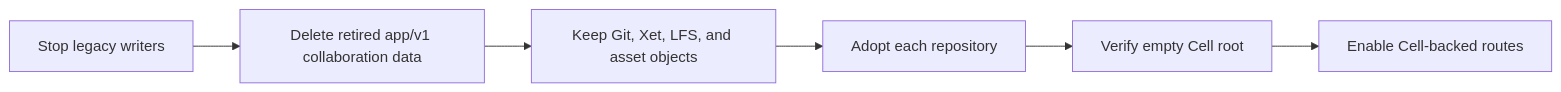
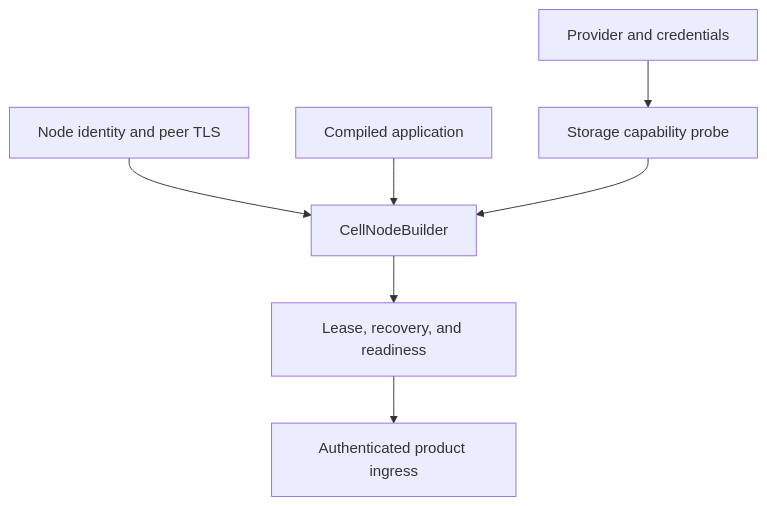
One commit to andypeng2015/cellule changed the diagram in crates/cellule-runtime/docs/deployment.md. Above: the diagram before and after it, drawn with Mermaid. The commit also changed other lines of this file and 181 other files, not shown here.

````diff
--- a/crates/cellule-runtime/docs/deployment.md
+++ b/crates/cellule-runtime/docs/deployment.md
@@ -460,11 +6,9 @@
 ```mermaid
-flowchart LR
-    Stop[Stop legacy writers]
-    Delete[Delete retired app/v1 collaboration data]
-    Keep[Keep Git, Xet, LFS, and asset objects]
-    Adopt[Adopt each repository]
-    Verify[Verify empty Cell root]
-    Serve[Enable Cell-backed routes]
-
-    Stop --> Delete --> Keep --> Adopt --> Verify --> Serve
+flowchart TD
+    Provider[Provider and credentials] --> Probe[Storage capability probe]
+    Identity[Node identity and peer TLS] --> Builder[CellNodeBuilder]
+    App[Compiled application] --> Builder
+    Probe --> Builder
+    Builder --> Ready[Lease, recovery, and readiness]
+    Ready --> Ingress[Authenticated product ingress]
 ```
````
